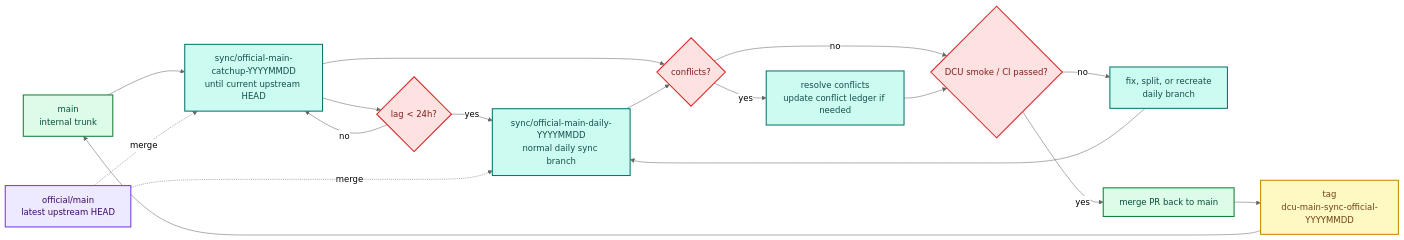
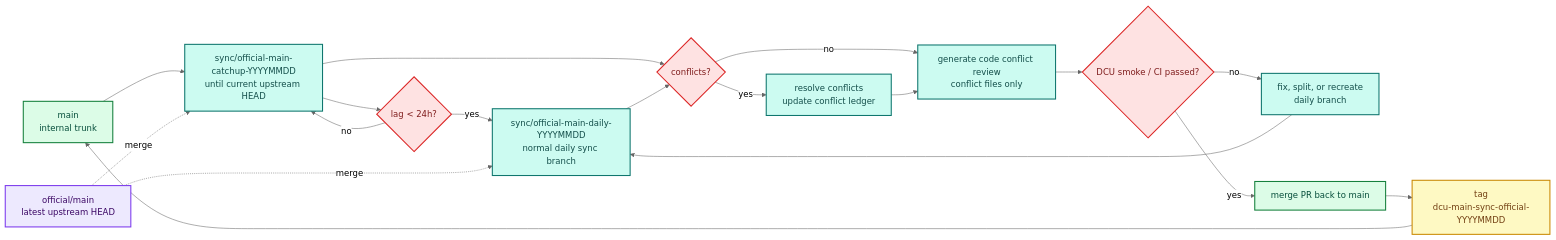
Before and after one commit to HYGON-AI/sglang-das: the third of 3 diagrams in docs/internal/dcu-main-migration-plan.md, drawn with Mermaid (neutral theme). The commit also changed other lines of this file and 2 other files, not shown here.

Commit message:
docs(dcu): require catch-up conflict reviews

````diff
--- a/docs/internal/dcu-main-migration-plan.md
+++ b/docs/internal/dcu-main-migration-plan.md
@@ -266,31 +287,32 @@
 ```mermaid
 flowchart LR
     MAIN["main<br/>internal trunk"] --> CATCHUP["sync/official-main-catchup-YYYYMMDD<br/>until current upstream HEAD"]
     CATCHUP --> CURRENT{"lag < 24h?"}
     CURRENT -- no --> CATCHUP
     CURRENT -- yes --> DAILY["sync/official-main-daily-YYYYMMDD<br/>normal daily sync branch"]
     OFF["official/main<br/>latest upstream HEAD"] -. merge .-> CATCHUP
     OFF -. merge .-> DAILY
     CATCHUP --> CONFLICT{"conflicts?"}
     DAILY --> CONFLICT
-    CONFLICT -- yes --> FIX["resolve conflicts<br/>update conflict ledger if needed"]
-    CONFLICT -- no --> TEST
-    FIX --> TEST{"DCU smoke / CI passed?"}
+    CONFLICT -- yes --> FIX["resolve conflicts<br/>update conflict ledger"]
+    CONFLICT -- no --> REVIEW
+    FIX --> REVIEW["generate code conflict review<br/>conflict files only"]
+    REVIEW --> TEST{"DCU smoke / CI passed?"}
     TEST -- no --> RETRY["fix, split, or recreate<br/>daily branch"]
     RETRY --> DAILY
     TEST -- yes --> MERGE["merge PR back to main"]
     MERGE --> TAG["tag<br/>dcu-main-sync-official-YYYYMMDD"]
     TAG --> MAIN
 
     classDef trunk fill:#dcfce7,stroke:#15803d,stroke-width:2px,color:#064e3b;
     classDef upstream fill:#ede9fe,stroke:#7c3aed,stroke-width:2px,color:#3b0764;
     classDef daily fill:#ccfbf1,stroke:#0f766e,stroke-width:2px,color:#134e4a;
     classDef gate fill:#fee2e2,stroke:#dc2626,stroke-width:2px,color:#7f1d1d;
     classDef tag fill:#fef9c3,stroke:#ca8a04,stroke-width:2px,color:#713f12;
 
     class MAIN,MERGE trunk;
     class OFF upstream;
-    class CATCHUP,DAILY,FIX,RETRY daily;
+    class CATCHUP,DAILY,FIX,REVIEW,RETRY daily;
     class CURRENT,CONFLICT,TEST gate;
     class TAG tag;
 ```
````
